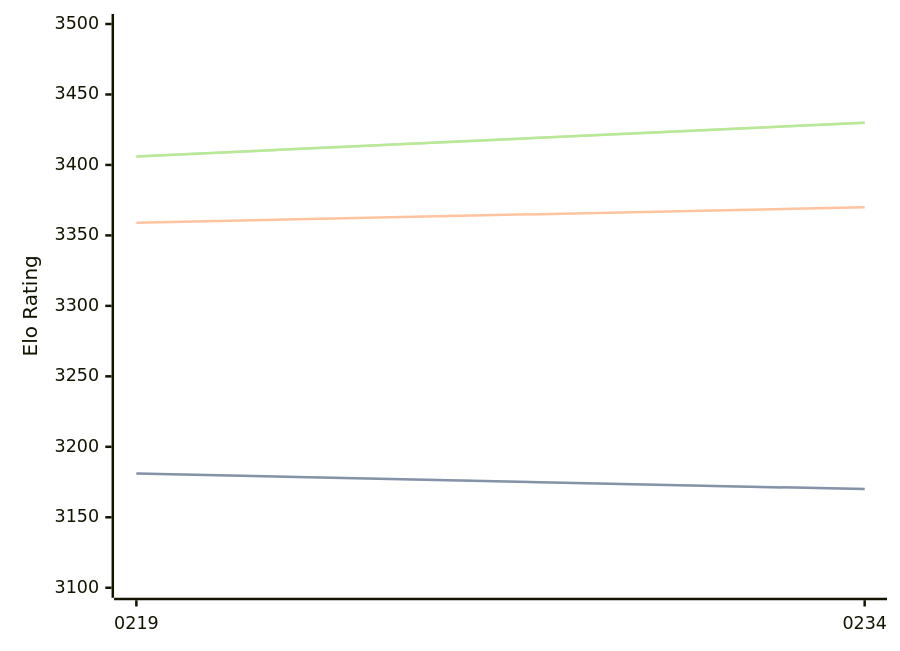
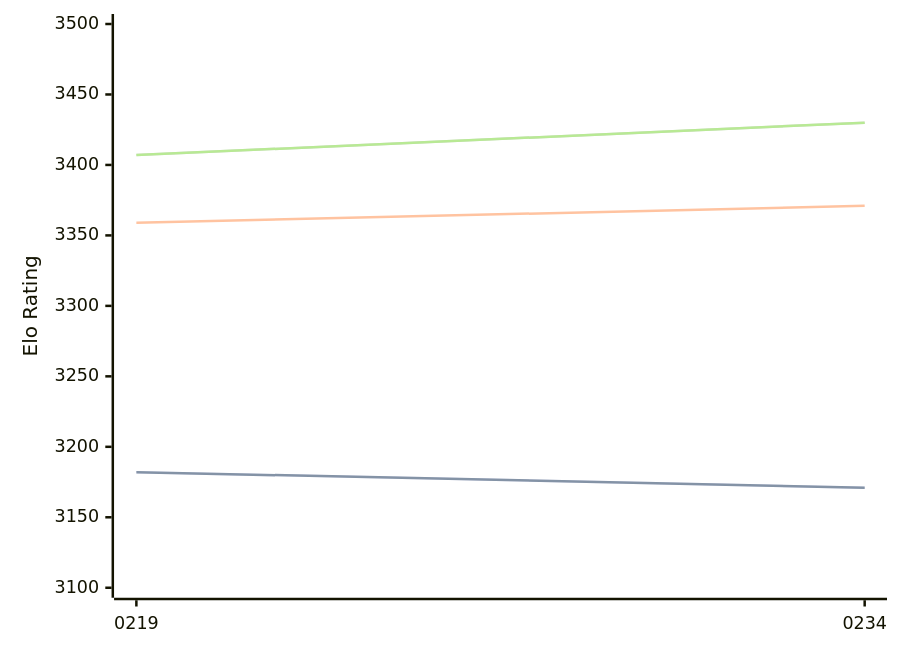
The diagram in engines/Ynode.md (computer-chess-index/cci), drawn with Mermaid before and after one commit. The commit also changed other lines of this file, not shown here.

Commit message:
Update CCI Ratings (ELO VLTC) - 2026-04-22

````diff
--- a/engines/Ynode.md
+++ b/engines/Ynode.md
@@ -39,11 +39,11 @@
 ```mermaid
 %%{init: {"theme":"base","themeVariables":{"seriesColors:['#a3a3a3','#222221','#faa371']}}}%%
 xychart-beta
   x-axis ["0219", "0234"]
   y-axis "Elo Rating" 3100 --> 3500
-  line "STC (8.0+0.08s)" [3181, 3170]
-  line "STC (8.0+0.08s)" [3181, 3170]
-  line "LTC (60.0+0.60s)" [3359, 3370]
-  line "VLTC (2m24s+1.12s)" [3406, 3430]
-  line "VLTC (2m24s+1.12s)" [3406, 3430]
+  line "STC (8.0+0.08s)" [3182, 3171]
+  line "STC (8.0+0.08s)" [3182, 3171]
+  line "LTC (60.0+0.60s)" [3359, 3371]
+  line "VLTC (2m24s+1.12s)" [3407, 3430]
+  line "VLTC (2m24s+1.12s)" [3407, 3430]
 ```
````
